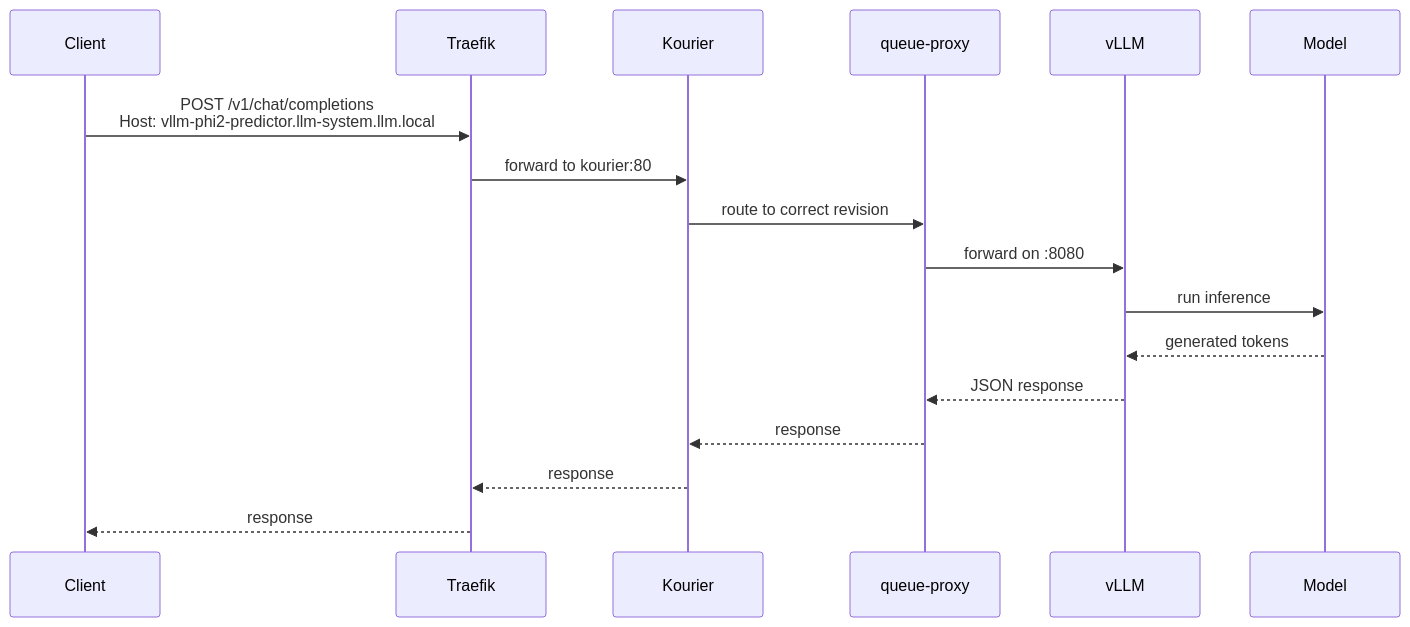
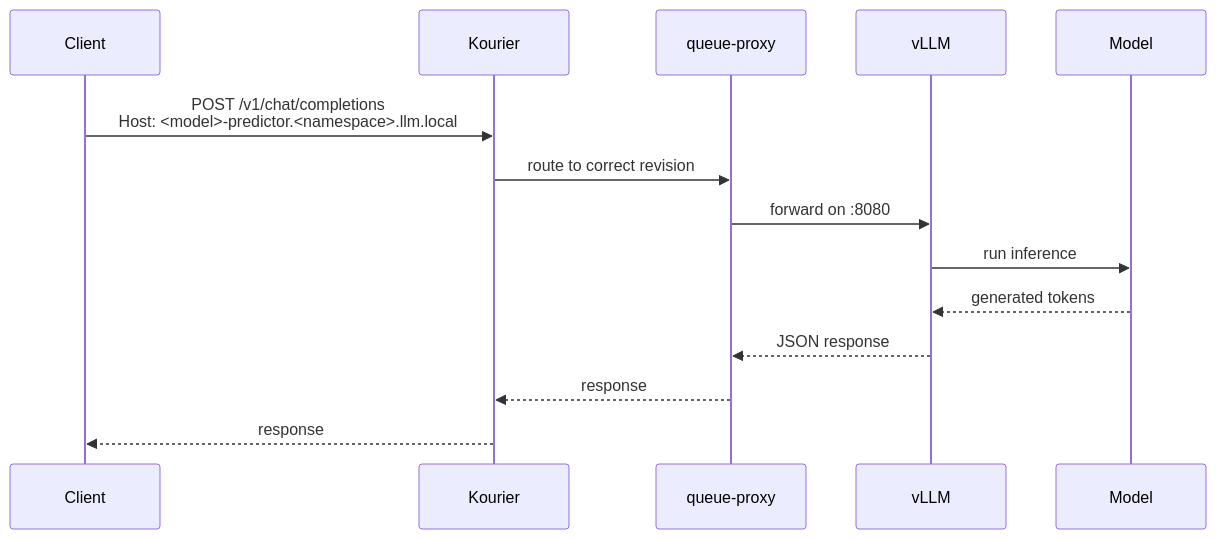
The second of 5 diagrams in docs/architecture.md (Dericko681/local-model-deployment), drawn with Mermaid before and after one commit. The commit also changed other lines of this file and 7 other files, not shown here.

````diff
--- a/docs/architecture.md
+++ b/docs/architecture.md
@@ -53,20 +45,17 @@
 ```mermaid
 sequenceDiagram
     participant Client
-    participant Traefik
     participant Kourier
     participant QueueProxy as queue-proxy
     participant vLLM
     participant Model
 
-    Client->>Traefik: POST /v1/chat/completions<br/>Host: vllm-phi2-predictor.llm-system.llm.local
-    Traefik->>Kourier: forward to kourier:80
+    Client->>Kourier: POST /v1/chat/completions<br/>Host: <model>-predictor.<namespace>.llm.local
     Kourier->>QueueProxy: route to correct revision
     QueueProxy->>vLLM: forward on :8080
     vLLM->>Model: run inference
     Model-->>vLLM: generated tokens
     vLLM-->>QueueProxy: JSON response
     QueueProxy-->>Kourier: response
-    Kourier-->>Traefik: response
-    Traefik-->>Client: response
+    Kourier-->>Client: response
 ```
````
